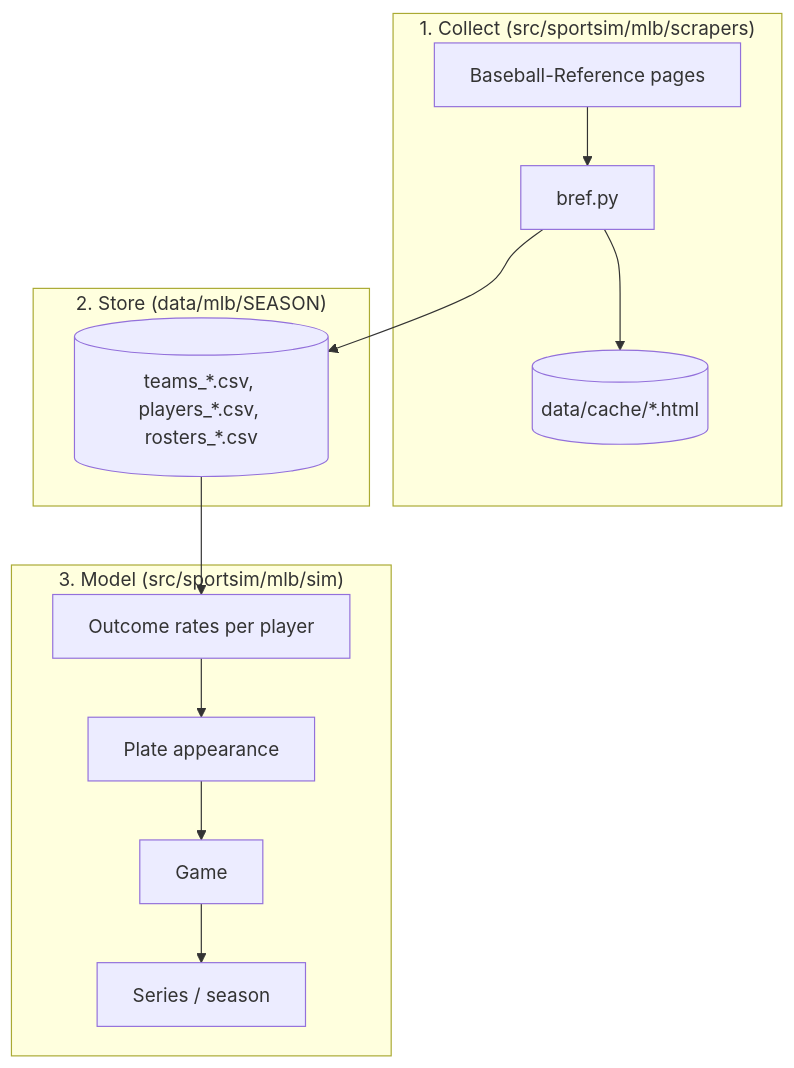
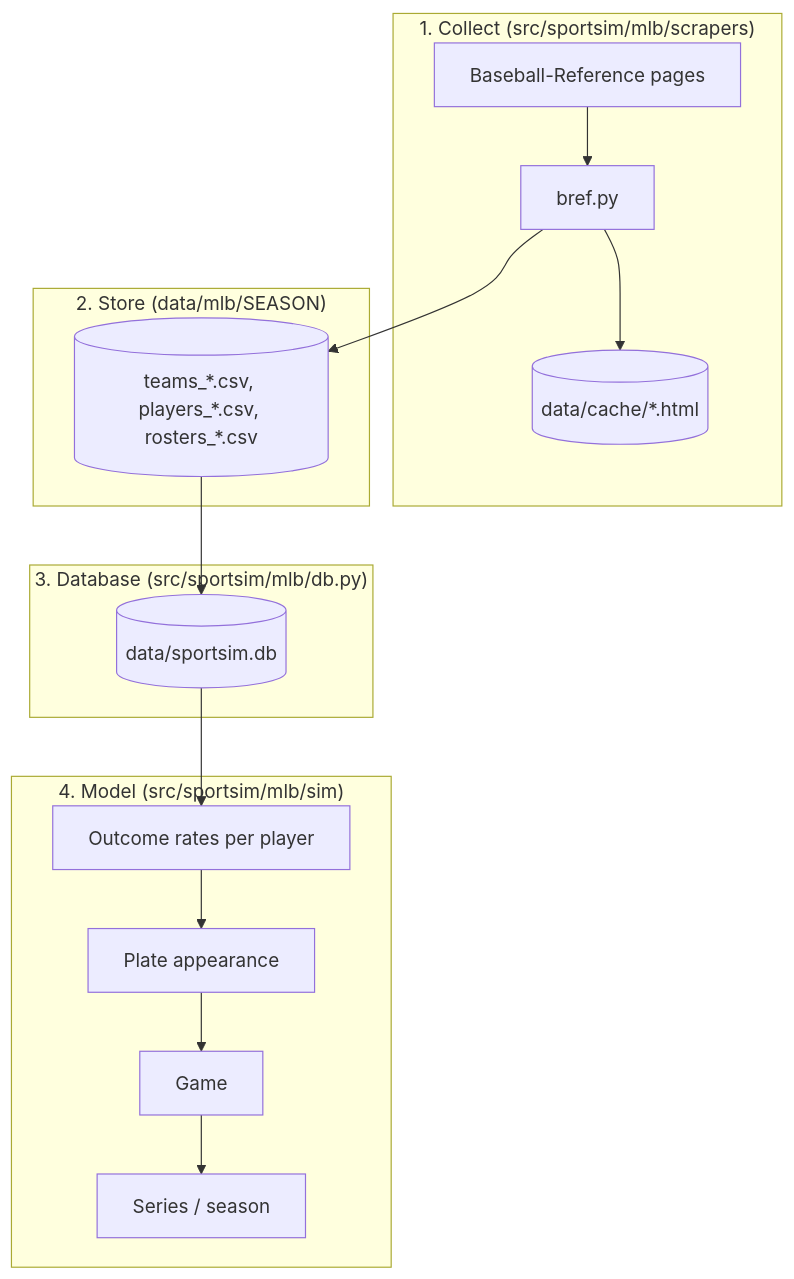
The diagram in docs/ARCHITECTURE.md (mhutch14/sports-sim), drawn with Mermaid before and after one commit. The commit also changed other lines of this file and 7 other files, not shown here.

````diff
--- a/docs/ARCHITECTURE.md
+++ b/docs/ARCHITECTURE.md
@@ -5,16 +5,19 @@
 ```mermaid
 flowchart TD
     subgraph Collect["1. Collect (src/sportsim/mlb/scrapers)"]
         BR[Baseball-Reference pages] --> BREF[bref.py]
         BREF --> CACHE[(data/cache/*.html)]
     end
     subgraph Store["2. Store (data/mlb/SEASON)"]
         BREF --> CSV[(teams_*.csv, players_*.csv, rosters_*.csv)]
     end
-    subgraph Model["3. Model (src/sportsim/mlb/sim)"]
-        CSV --> RATE[Outcome rates per player]
+    subgraph DB["3. Database (src/sportsim/mlb/db.py)"]
+        CSV --> SQL[(data/sportsim.db)]
+    end
+    subgraph Model["4. Model (src/sportsim/mlb/sim)"]
+        SQL --> RATE[Outcome rates per player]
         RATE --> PA[Plate appearance]
         PA --> GAME[Game]
         GAME --> SEASON[Series / season]
     end
 ```
````
